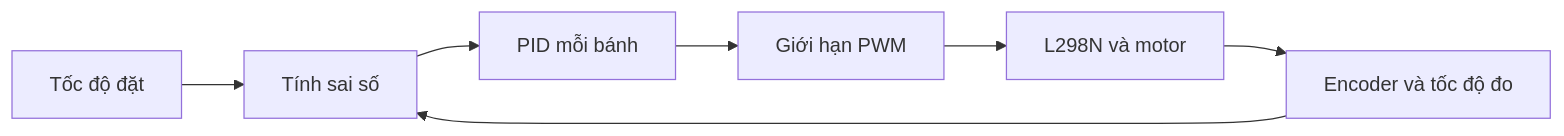
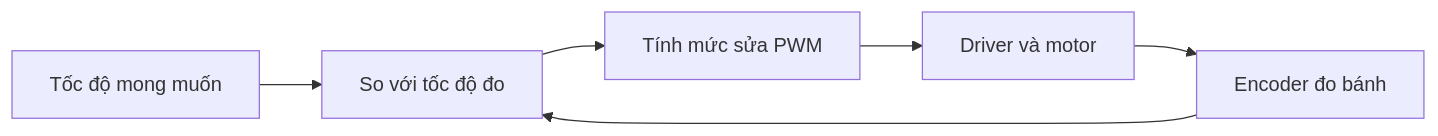
Before and after one commit to robovisVN/robovis-manual: the diagram in docs/robot-arduino/bai-giang/10-pid.md, drawn with Mermaid. The commit also changed other lines of this file and 20 other files, not shown here.

````diff
--- a/docs/robot-arduino/bai-giang/10-pid.md
+++ b/docs/robot-arduino/bai-giang/10-pid.md
@@ -23,9 +21,8 @@
 ```mermaid
 flowchart LR
-    A[Tốc độ đặt] --> B[Tính sai số]
-    B --> C[PID mỗi bánh]
-    C --> D[Giới hạn PWM]
-    D --> E[L298N và motor]
-    E --> F[Encoder và tốc độ đo]
-    F --> B
+    A[Tốc độ mong muốn] --> B[So với tốc độ đo]
+    B --> C[Tính mức sửa PWM]
+    C --> D[Driver và motor]
+    D --> E[Encoder đo bánh]
+    E --> B
 ```
````
